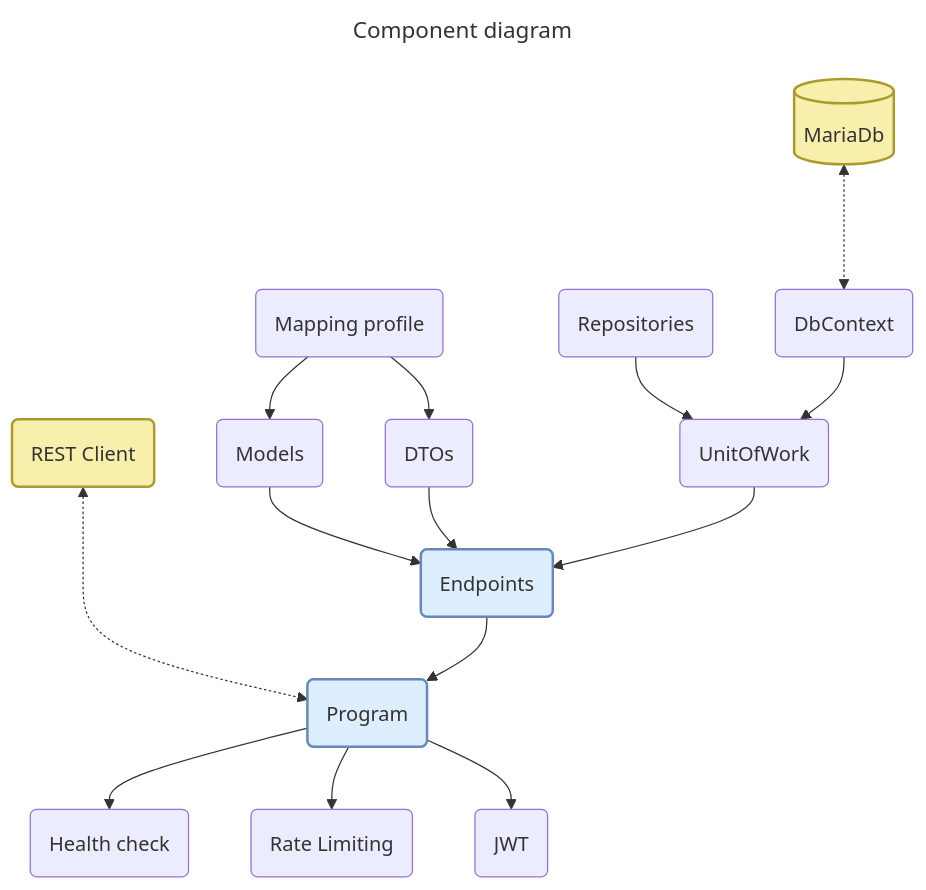
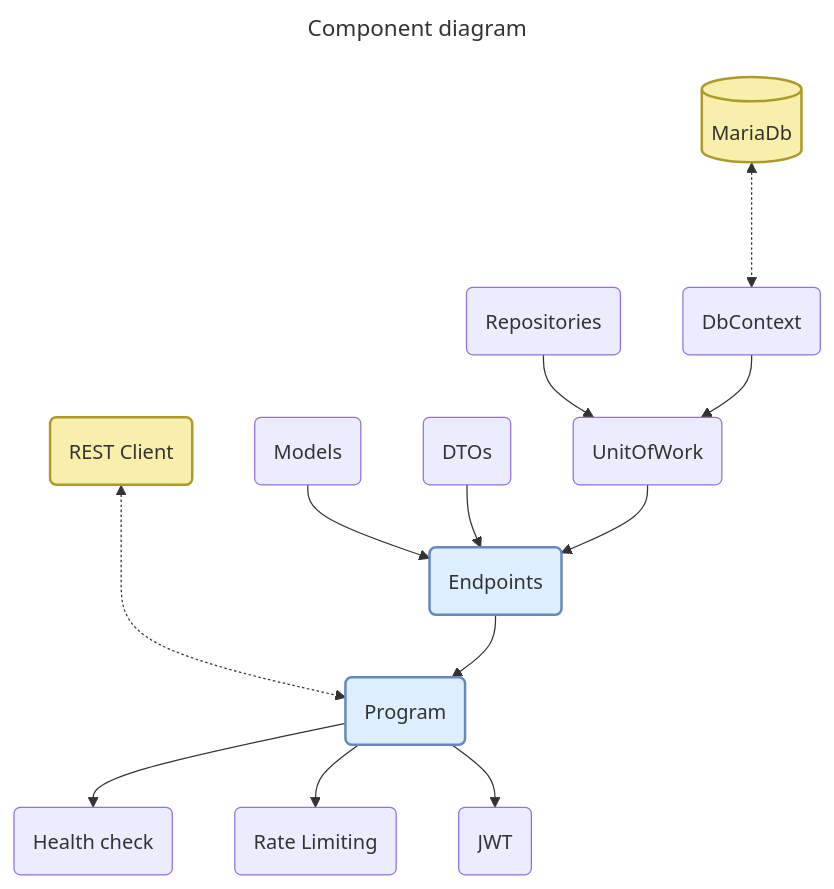
One commit to RaduTerec/Weather changed the second of 3 diagrams in README.md. Above: the diagram before and after it, drawn with Mermaid. The commit also changed other lines of this file and 10 other files, not shown here.

````diff
--- a/README.md
+++ b/README.md
@@ -61,25 +58,23 @@
 ```mermaid
 ---
 title: Component diagram
 ---
 flowchart
    client(REST Client) <-..-> api(Program)
    api --> health(Health check)
    api --> rate(Rate Limiting)
    api --> jwt(JWT)
    ep(Endpoints) --> api
    models(Models) --> ep
    dto(DTOs) --> ep
-   mp(Mapping profile) --> dto
-   mp --> models
    uw(UnitOfWork) --> ep
    rp(Repositories) --> uw
    dbc(DbContext) --> uw
    db[(MariaDb)] <-..-> dbc
 
    %% styles
    style api fill:#def,stroke:#68b,stroke-width:2px
    style ep fill:#def,stroke:#68b,stroke-width:2px
    style db fill:#f8efac,stroke:#ab9b2d,stroke-width:2px
    style client fill:#f8efac,stroke:#ab9b2d,stroke-width:2px
 ```
````
